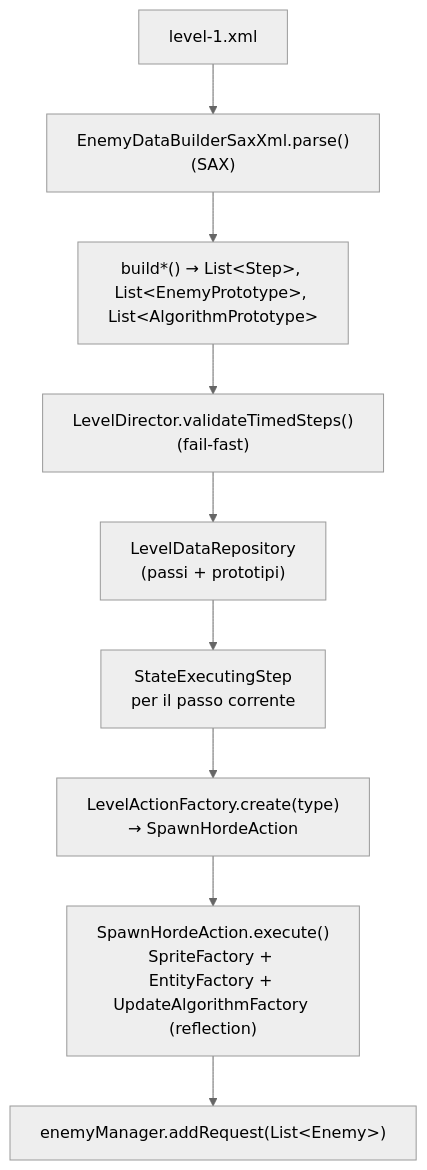
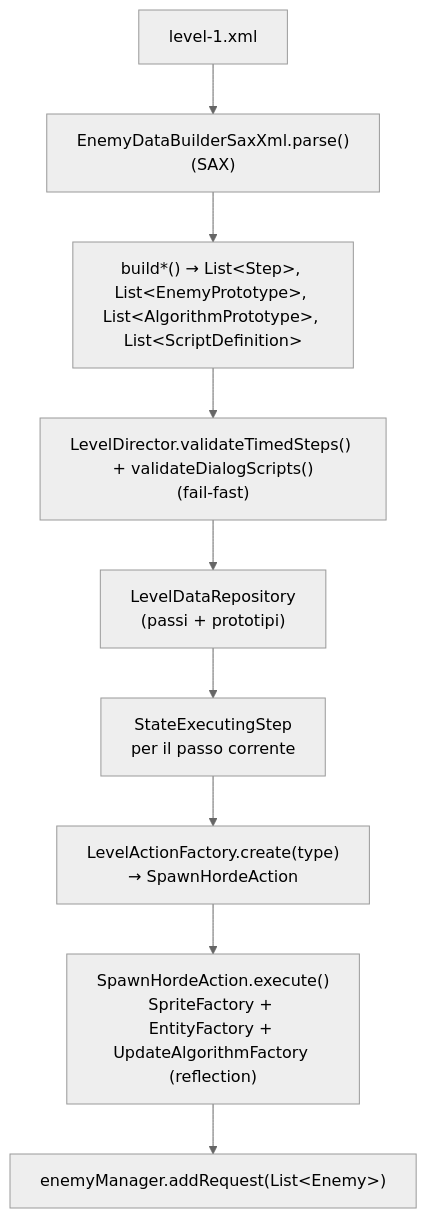
One commit to alesky78/TigerSupply changed the diagram in documentation/subsystems/level-director-sequencing/caricamento-dati-livello.md. Above: the diagram before and after it, drawn with Mermaid (neutral theme). The commit also changed other lines of this file and 31 other files, not shown here.

````diff
--- a/documentation/subsystems/level-director-sequencing/caricamento-dati-livello.md
+++ b/documentation/subsystems/level-director-sequencing/caricamento-dati-livello.md
@@ -71,11 +72,11 @@
 ```mermaid
 flowchart TD
     A["level-1.xml"] --> B["EnemyDataBuilderSaxXml.parse()<br/>(SAX)"]
-    B --> C["build*() → List&lt;Step&gt;, List&lt;EnemyPrototype&gt;, List&lt;AlgorithmPrototype&gt;"]
-    C --> D["LevelDirector.validateTimedSteps()<br/>(fail-fast)"]
+    B --> C["build*() → List&lt;Step&gt;, List&lt;EnemyPrototype&gt;, List&lt;AlgorithmPrototype&gt;, List&lt;ScriptDefinition&gt;"]
+    C --> D["LevelDirector.validateTimedSteps() + validateDialogScripts()<br/>(fail-fast)"]
     D --> E["LevelDataRepository<br/>(passi + prototipi)"]
     E --> F["StateExecutingStep<br/>per il passo corrente"]
     F --> G["LevelActionFactory.create(type)<br/>→ SpawnHordeAction"]
     G --> H["SpawnHordeAction.execute()<br/>SpriteFactory + EntityFactory + UpdateAlgorithmFactory (reflection)"]
     H --> I["enemyManager.addRequest(List&lt;Enemy&gt;)"]
 ```
````
